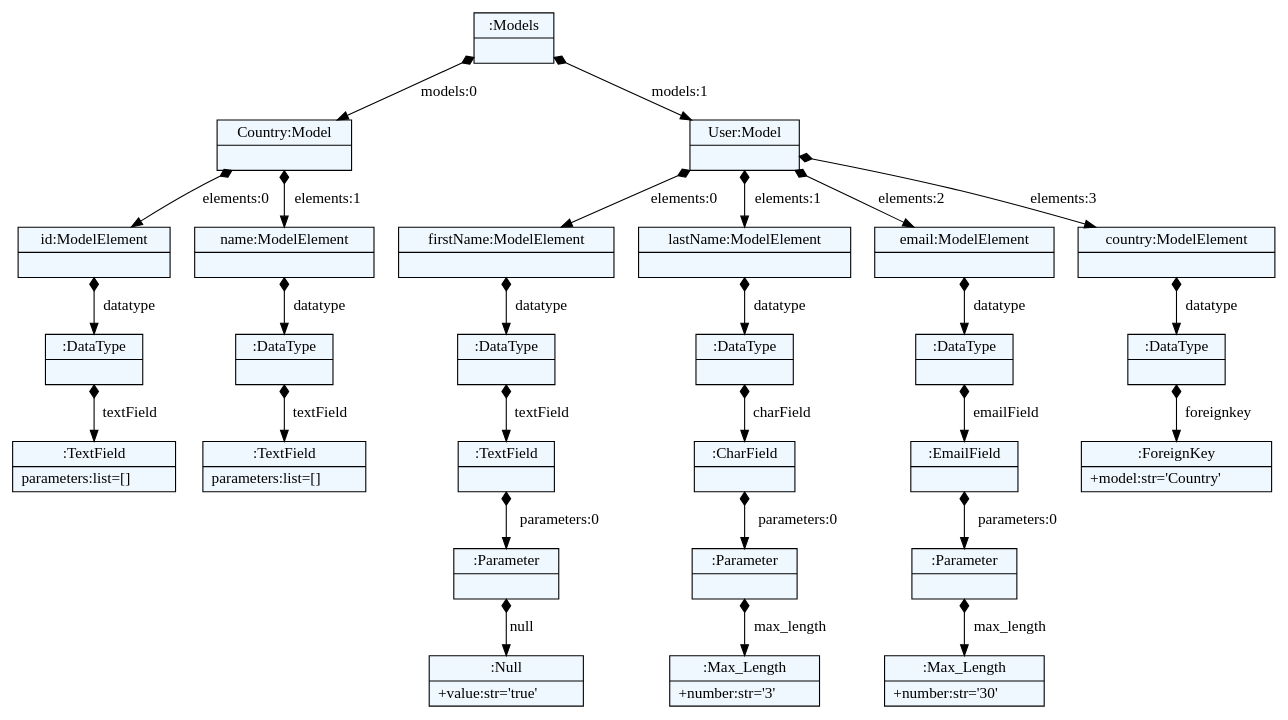
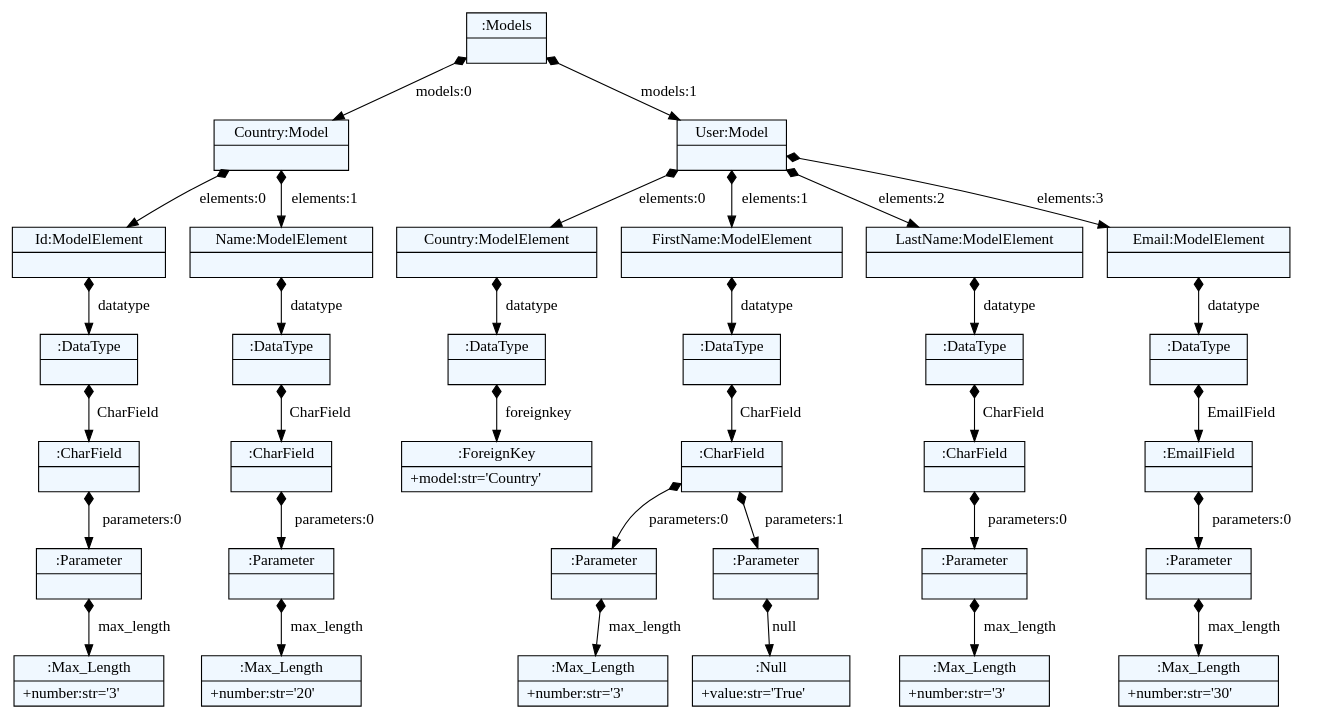
Before and after one commit to pajevicn/JSD: the diagram in example.dot, drawn with Graphviz. The commit also changed 9 other files, not shown here.

```diff
--- a/example.dot
+++ b/example.dot
@@ -1,68 +1,80 @@
 
     digraph xtext {
     fontname = "Bitstream Vera Sans"
     fontsize = 8
     node[
         shape=record,
         style=filled,
         fillcolor=aliceblue
     ]
     nodesep = 0.3
     edge[dir=black,arrowtail=empty]
 
 
-43558640 -> 44110608 [label="models:0" arrowtail=diamond dir=both]
-44110608 -> 44110672 [label="elements:0" arrowtail=diamond dir=both]
-44110672 -> 44110800 [label="datatype" arrowtail=diamond dir=both]
-44110800 -> 44110864 [label="textField" arrowtail=diamond dir=both]
-44110864[label="{:TextField|parameters:list=[]\l}"]
-44110800[label="{:DataType|}"]
-44110672[label="{id:ModelElement|}"]
-44110608 -> 44110736 [label="elements:1" arrowtail=diamond dir=both]
-44110736 -> 44110832 [label="datatype" arrowtail=diamond dir=both]
-44110832 -> 44110960 [label="textField" arrowtail=diamond dir=both]
-44110960[label="{:TextField|parameters:list=[]\l}"]
-44110832[label="{:DataType|}"]
-44110736[label="{name:ModelElement|}"]
-44110608[label="{Country:Model|}"]
-43558640 -> 44110576 [label="models:1" arrowtail=diamond dir=both]
-44110576 -> 44110768 [label="elements:0" arrowtail=diamond dir=both]
-44110768 -> 44111024 [label="datatype" arrowtail=diamond dir=both]
-44111024 -> 44111088 [label="textField" arrowtail=diamond dir=both]
-44111088 -> 44111248 [label="parameters:0" arrowtail=diamond dir=both]
-44111248 -> 44111312 [label="null" arrowtail=diamond dir=both]
-44111312[label="{:Null|+value:str='true'\l}"]
-44111248[label="{:Parameter|}"]
-44111088[label="{:TextField|}"]
-44111024[label="{:DataType|}"]
-44110768[label="{firstName:ModelElement|}"]
-44110576 -> 43914896 [label="elements:1" arrowtail=diamond dir=both]
-43914896 -> 44111152 [label="datatype" arrowtail=diamond dir=both]
-44111152 -> 44111120 [label="charField" arrowtail=diamond dir=both]
-44111120 -> 44111376 [label="parameters:0" arrowtail=diamond dir=both]
-44111376 -> 44111408 [label="max_length" arrowtail=diamond dir=both]
-44111408[label="{:Max_Length|+number:str='3'\l}"]
-44111376[label="{:Parameter|}"]
-44111120[label="{:CharField|}"]
-44111152[label="{:DataType|}"]
-43914896[label="{lastName:ModelElement|}"]
-44110576 -> 44110896 [label="elements:2" arrowtail=diamond dir=both]
-44110896 -> 44111184 [label="datatype" arrowtail=diamond dir=both]
-44111184 -> 44111344 [label="emailField" arrowtail=diamond dir=both]
-44111344 -> 44111568 [label="parameters:0" arrowtail=diamond dir=both]
-44111568 -> 44111600 [label="max_length" arrowtail=diamond dir=both]
-44111600[label="{:Max_Length|+number:str='30'\l}"]
-44111568[label="{:Parameter|}"]
-44111344[label="{:EmailField|}"]
-44111184[label="{:DataType|}"]
-44110896[label="{email:ModelElement|}"]
-44110576 -> 44110992 [label="elements:3" arrowtail=diamond dir=both]
-44110992 -> 44111280 [label="datatype" arrowtail=diamond dir=both]
-44111280 -> 44111504 [label="foreignkey" arrowtail=diamond dir=both]
-44111504[label="{:ForeignKey|+model:str='Country'\l}"]
-44111280[label="{:DataType|}"]
-44110992[label="{country:ModelElement|}"]
-44110576[label="{User:Model|}"]
-43558640[label="{:Models|}"]
+47191280 -> 47191376 [label="models:0" arrowtail=diamond dir=both]
+47191376 -> 47191536 [label="elements:0" arrowtail=diamond dir=both]
+47191536 -> 47191696 [label="datatype" arrowtail=diamond dir=both]
+47191696 -> 47191760 [label="CharField" arrowtail=diamond dir=both]
+47191760 -> 47191952 [label="parameters:0" arrowtail=diamond dir=both]
+47191952 -> 47192016 [label="max_length" arrowtail=diamond dir=both]
+47192016[label="{:Max_Length|+number:str='3'\l}"]
+47191952[label="{:Parameter|}"]
+47191760[label="{:CharField|}"]
+47191696[label="{:DataType|}"]
+47191536[label="{Id:ModelElement|}"]
+47191376 -> 47191632 [label="elements:1" arrowtail=diamond dir=both]
+47191632 -> 47191728 [label="datatype" arrowtail=diamond dir=both]
+47191728 -> 47191856 [label="CharField" arrowtail=diamond dir=both]
+47191856 -> 47192080 [label="parameters:0" arrowtail=diamond dir=both]
+47192080 -> 47192112 [label="max_length" arrowtail=diamond dir=both]
+47192112[label="{:Max_Length|+number:str='20'\l}"]
+47192080[label="{:Parameter|}"]
+47191856[label="{:CharField|}"]
+47191728[label="{:DataType|}"]
+47191632[label="{Name:ModelElement|}"]
+47191376[label="{Country:Model|}"]
+47191280 -> 47191472 [label="models:1" arrowtail=diamond dir=both]
+47191472 -> 47191664 [label="elements:0" arrowtail=diamond dir=both]
+47191664 -> 47191888 [label="datatype" arrowtail=diamond dir=both]
+47191888 -> 47191984 [label="foreignkey" arrowtail=diamond dir=both]
+47191984[label="{:ForeignKey|+model:str='Country'\l}"]
+47191888[label="{:DataType|}"]
+47191664[label="{Country:ModelElement|}"]
+47191472 -> 47191792 [label="elements:1" arrowtail=diamond dir=both]
+47191792 -> 47192048 [label="datatype" arrowtail=diamond dir=both]
+47192048 -> 47192208 [label="CharField" arrowtail=diamond dir=both]
+47192208 -> 47192368 [label="parameters:0" arrowtail=diamond dir=both]
+47192368 -> 47192432 [label="max_length" arrowtail=diamond dir=both]
+47192432[label="{:Max_Length|+number:str='3'\l}"]
+47192368[label="{:Parameter|}"]
+47192208 -> 47192400 [label="parameters:1" arrowtail=diamond dir=both]
+47192400 -> 47192496 [label="null" arrowtail=diamond dir=both]
+47192496[label="{:Null|+value:str='True'\l}"]
+47192400[label="{:Parameter|}"]
+47192208[label="{:CharField|}"]
+47192048[label="{:DataType|}"]
+47191792[label="{FirstName:ModelElement|}"]
+47191472 -> 47191920 [label="elements:2" arrowtail=diamond dir=both]
+47191920 -> 47192240 [label="datatype" arrowtail=diamond dir=both]
+47192240 -> 47192336 [label="CharField" arrowtail=diamond dir=both]
+47192336 -> 47192624 [label="parameters:0" arrowtail=diamond dir=both]
+47192624 -> 47192656 [label="max_length" arrowtail=diamond dir=both]
+47192656[label="{:Max_Length|+number:str='3'\l}"]
+47192624[label="{:Parameter|}"]
+47192336[label="{:CharField|}"]
+47192240[label="{:DataType|}"]
+47191920[label="{LastName:ModelElement|}"]
+47191472 -> 47192176 [label="elements:3" arrowtail=diamond dir=both]
+47192176 -> 47192304 [label="datatype" arrowtail=diamond dir=both]
+47192304 -> 47192528 [label="EmailField" arrowtail=diamond dir=both]
+47192528 -> 47192784 [label="parameters:0" arrowtail=diamond dir=both]
+47192784 -> 47192816 [label="max_length" arrowtail=diamond dir=both]
+47192816[label="{:Max_Length|+number:str='30'\l}"]
+47192784[label="{:Parameter|}"]
+47192528[label="{:EmailField|}"]
+47192304[label="{:DataType|}"]
+47192176[label="{Email:ModelElement|}"]
+47191472[label="{User:Model|}"]
+47191280[label="{:Models|}"]
 
 }
```
